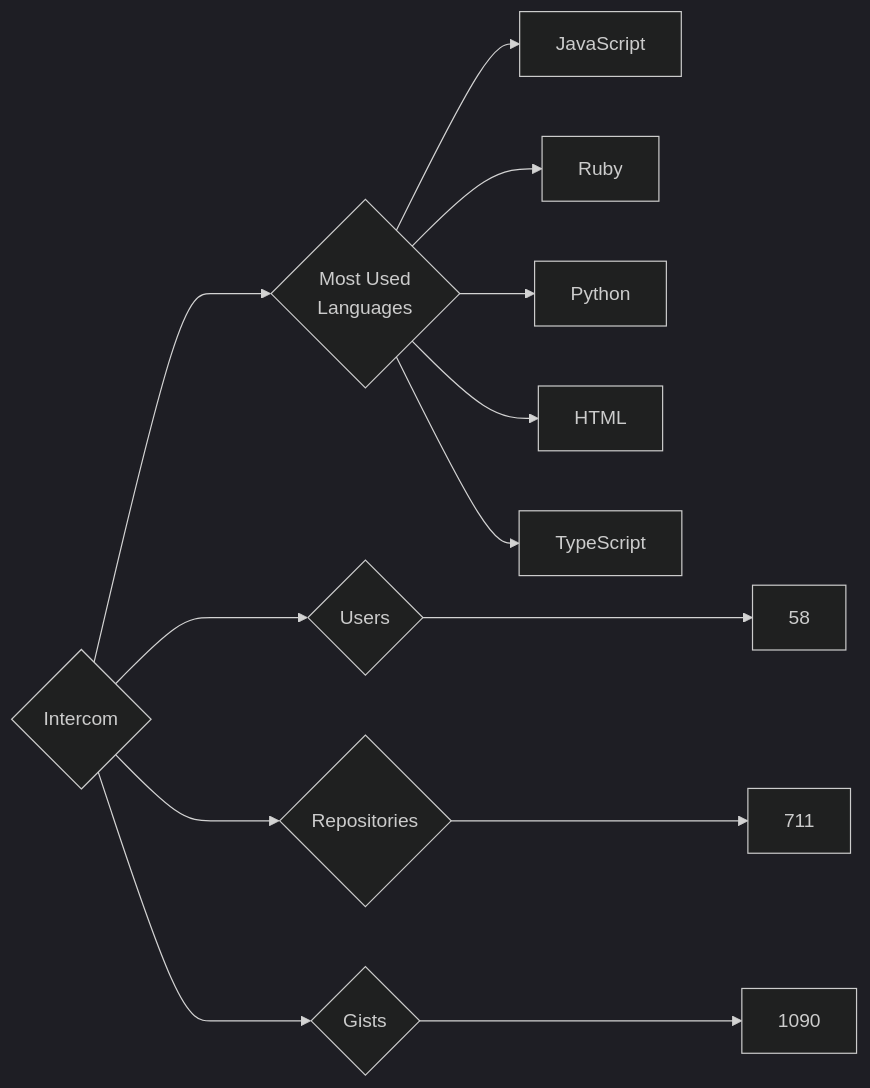
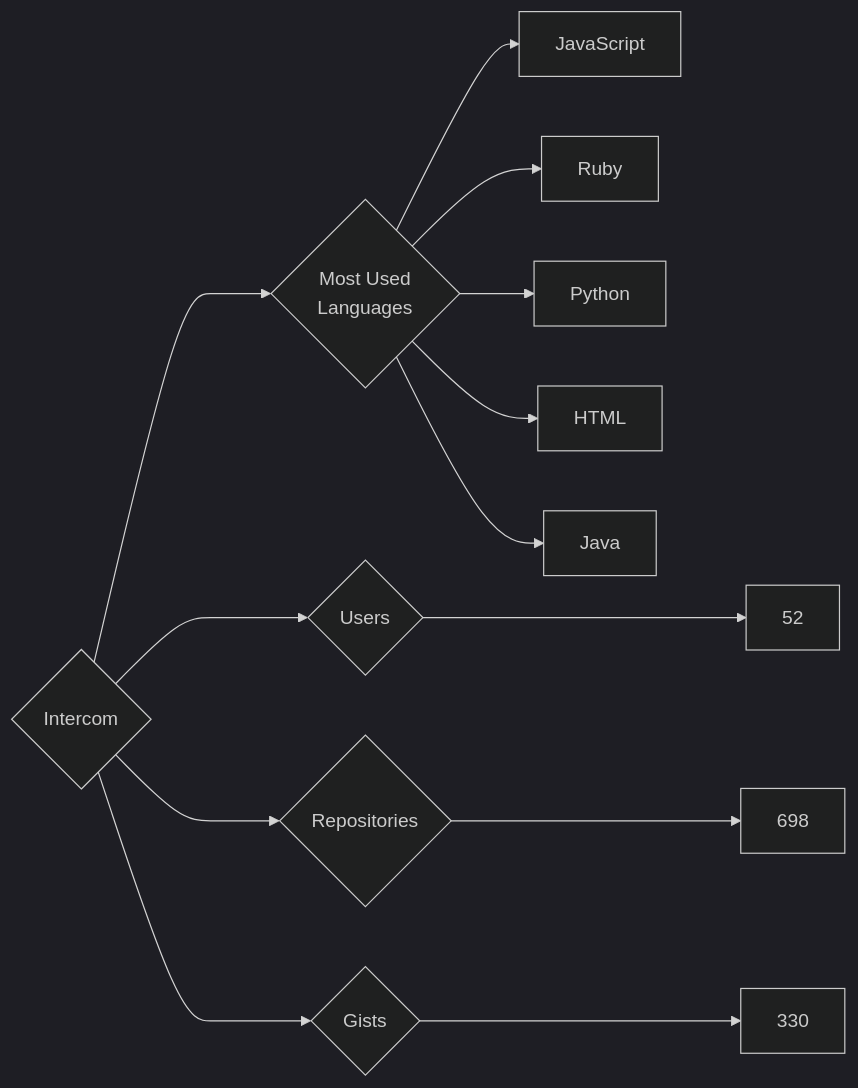
One commit to trickest/insiders changed the diagram in targets/Intercom/README.md. Above: the diagram before and after it, drawn with Mermaid (dark theme). The commit also changed 930 other files, not shown here.

````diff
--- a/targets/Intercom/README.md
+++ b/targets/Intercom/README.md
@@ -3,13 +3,13 @@
 ```mermaid
 graph LR
 COMPANY_NAME{Intercom}
-COMPANY_NAME ---> U{Users} ---> UN[58]
-COMPANY_NAME ---> R{Repositories} ---> RN[711]
-COMPANY_NAME ---> G{Gists} ---> GN[1090]
+COMPANY_NAME ---> U{Users} ---> UN[52]
+COMPANY_NAME ---> R{Repositories} ---> RN[698]
+COMPANY_NAME ---> G{Gists} ---> GN[330]
 COMPANY_NAME ---> ML{Most Used<br>Languages}
 ML --> JavaScript[JavaScript]
 ML --> Ruby[Ruby]
 ML --> Python[Python]
 ML --> HTML[HTML]
-ML --> TypeScript[TypeScript]
+ML --> Java[Java]
 ```
````
